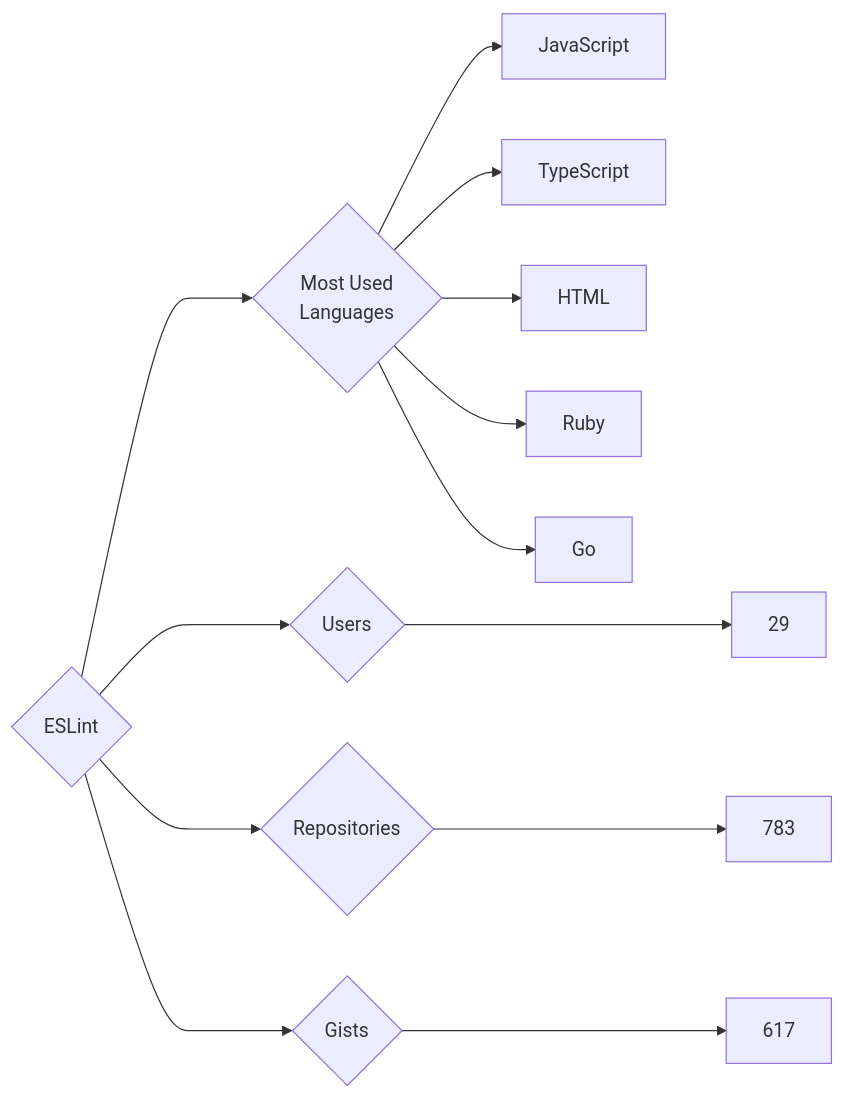
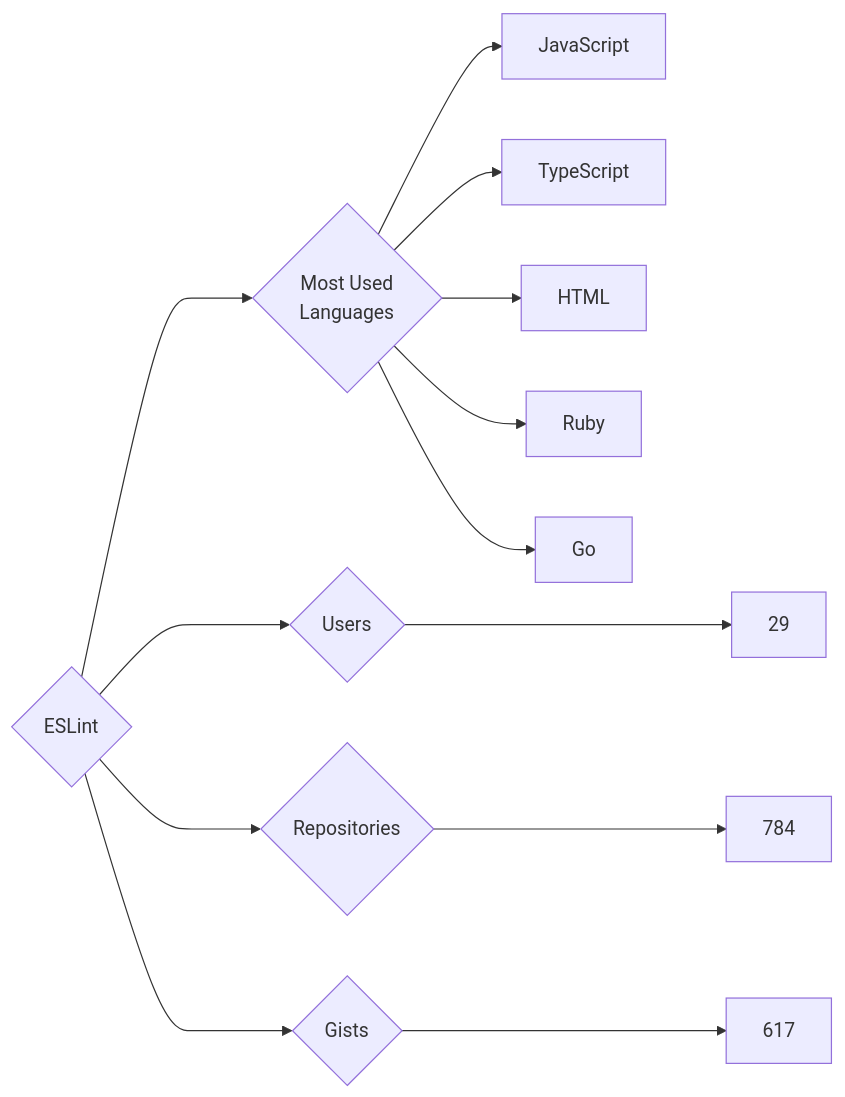
The diagram in targets/ESLint/README.md (trickest/insiders), drawn with Mermaid before and after one commit. The commit also changed 965 other files, not shown here.

````diff
--- a/targets/ESLint/README.md
+++ b/targets/ESLint/README.md
@@ -3,13 +3,13 @@
 ```mermaid
 graph LR
 COMPANY_NAME{ESLint}
 COMPANY_NAME ---> U{Users} ---> UN[29]
-COMPANY_NAME ---> R{Repositories} ---> RN[783]
+COMPANY_NAME ---> R{Repositories} ---> RN[784]
 COMPANY_NAME ---> G{Gists} ---> GN[617]
 COMPANY_NAME ---> ML{Most Used<br>Languages}
 ML --> JavaScript[JavaScript]
 ML --> TypeScript[TypeScript]
 ML --> HTML[HTML]
 ML --> Ruby[Ruby]
 ML --> Go[Go]
 ```
````
